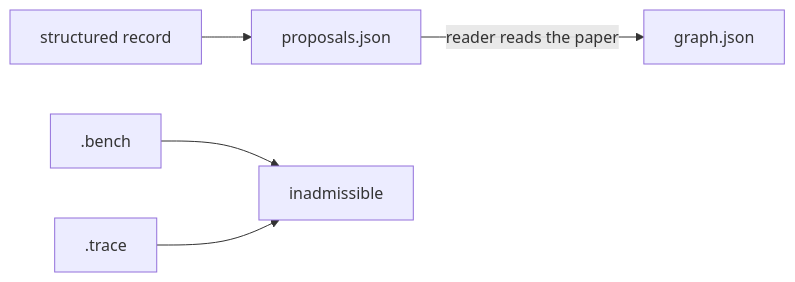
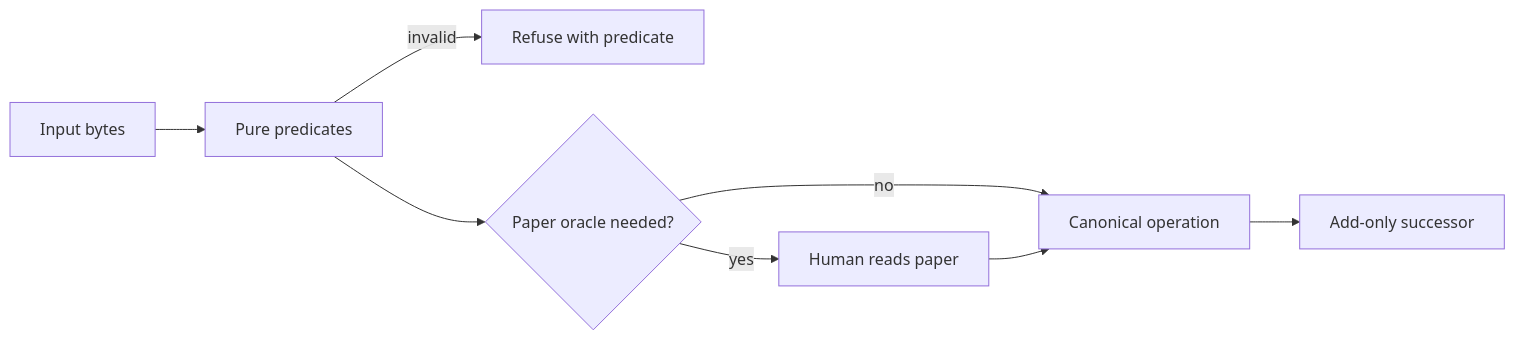
The diagram in docs/follow-agent-contract.md (wetware-hq/catalog), drawn with Mermaid before and after one commit. The commit also changed other lines of this file and 10 other files, not shown here.

````diff
--- a/docs/follow-agent-contract.md
+++ b/docs/follow-agent-contract.md
@@ -87,7 +80,10 @@
 ```mermaid
 flowchart LR
-Source[structured record] --> Prop[proposals.json]
-Prop -->|reader reads the paper| Graph[graph.json]
-Bench[.bench] --> Out[inadmissible]
-Trace[.trace] --> Out
+    I[Input bytes] --> P[Pure predicates]
+    P -->|invalid| R[Refuse with predicate]
+    P --> O{Paper oracle needed?}
+    O -->|yes| H[Human reads paper]
+    O -->|no| C[Canonical operation]
+    H --> C
+    C --> A[Add-only successor]
 ```
````
